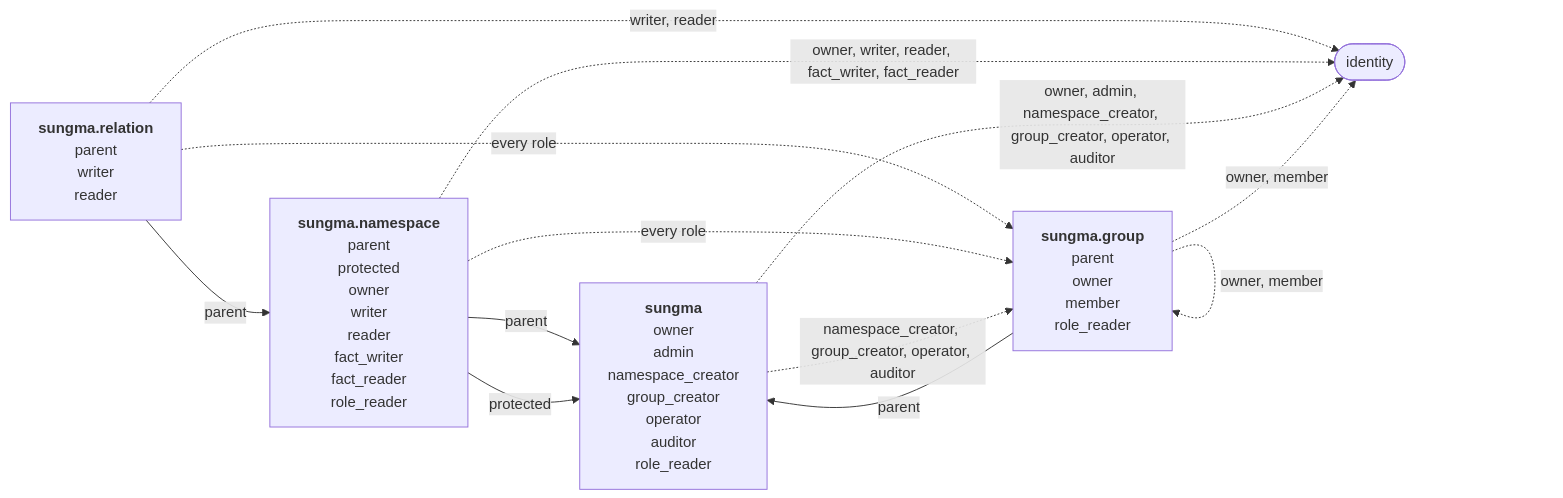
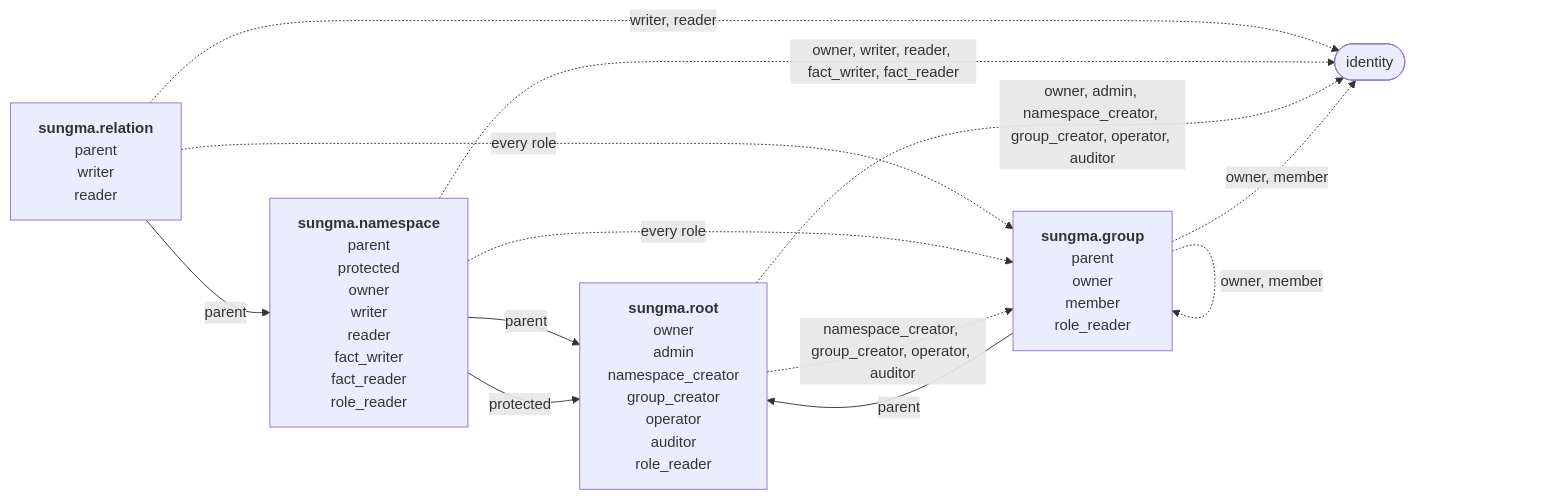
Before and after one commit to marklauter/Sungma: the diagram in docs/specs/sungma-authorization.md, drawn with Mermaid. The commit also changed other lines of this file and 1 other file, not shown here.

Commit message:
Rename Sungma's top namespace to sungma.root, with the resource sungma.root:sungma

````diff
--- a/docs/specs/sungma-authorization.md
+++ b/docs/specs/sungma-authorization.md
@@ -88,20 +88,20 @@
 ```mermaid
 flowchart LR
   relation["<b>sungma.relation</b><br/>parent<br/>writer<br/>reader"]
   namespace["<b>sungma.namespace</b><br/>parent<br/>protected<br/>owner<br/>writer<br/>reader<br/>fact_writer<br/>fact_reader<br/>role_reader"]
-  sungma["<b>sungma</b><br/>owner<br/>admin<br/>namespace_creator<br/>group_creator<br/>operator<br/>auditor<br/>role_reader"]
+  root["<b>sungma.root</b><br/>owner<br/>admin<br/>namespace_creator<br/>group_creator<br/>operator<br/>auditor<br/>role_reader"]
   group["<b>sungma.group</b><br/>parent<br/>owner<br/>member<br/>role_reader"]
   identity(["identity"])
   relation -- parent --> namespace
-  namespace -- parent --> sungma
-  namespace -- protected --> sungma
-  group -- parent --> sungma
+  namespace -- parent --> root
+  namespace -- protected --> root
+  group -- parent --> root
   relation -. "writer, reader" .-> identity
   namespace -. "owner, writer, reader, fact_writer, fact_reader" .-> identity
-  sungma -. "owner, admin, namespace_creator, group_creator, operator, auditor" .-> identity
+  root -. "owner, admin, namespace_creator, group_creator, operator, auditor" .-> identity
   group -. "owner, member" .-> identity
   relation -. "every role" .-> group
   namespace -. "every role" .-> group
-  sungma -. "namespace_creator, group_creator, operator, auditor" .-> group
+  root -. "namespace_creator, group_creator, operator, auditor" .-> group
   group -. "owner, member" .-> group
 ```
````
